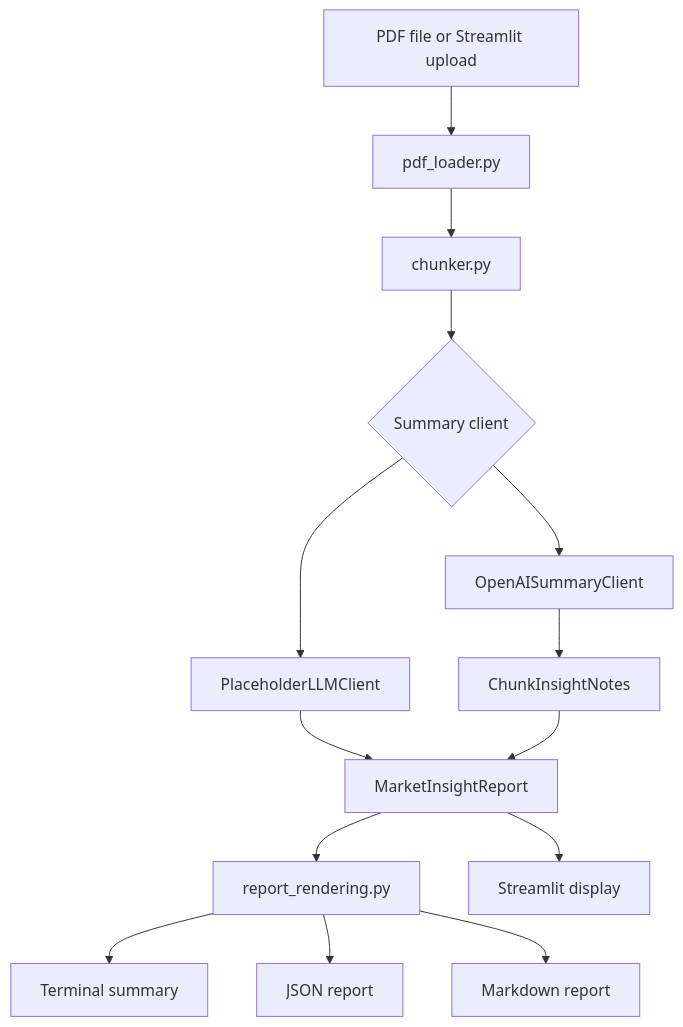
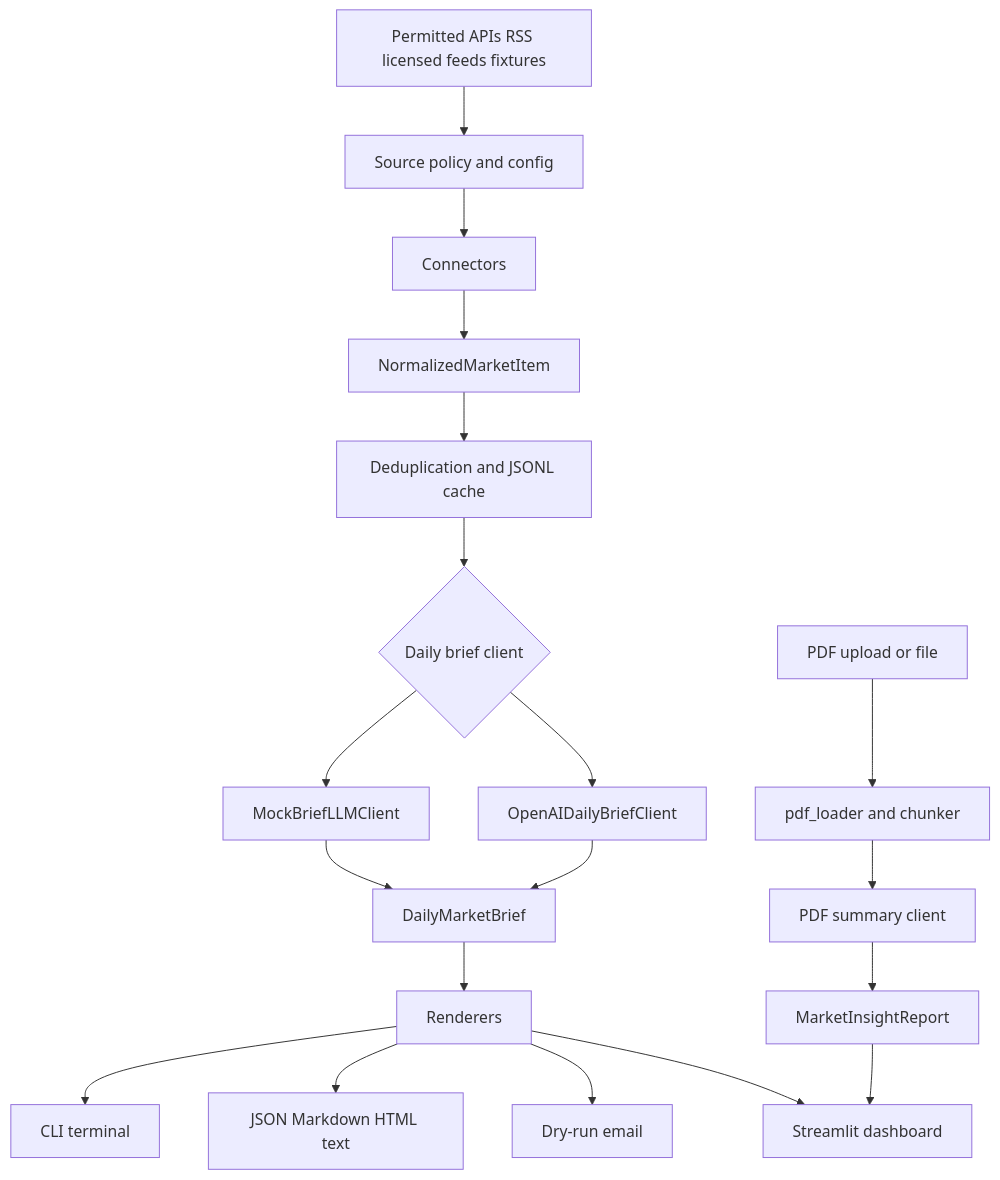
The diagram in README.md (tazreimers/flying-the-radar), drawn with Mermaid before and after one commit. The commit also changed other lines of this file and 4 other files, not shown here.

````diff
--- a/README.md
+++ b/README.md
@@ -190,16 +217,21 @@
 ```mermaid
 flowchart TD
-    A[PDF file or Streamlit upload] --> B[pdf_loader.py]
-    B --> C[chunker.py]
-    C --> D{Summary client}
-    D --> E[PlaceholderLLMClient]
-    D --> F[OpenAISummaryClient]
-    F --> G[ChunkInsightNotes]
-    E --> H[MarketInsightReport]
-    G --> H
-    H --> I[report_rendering.py]
-    I --> J[Terminal summary]
-    I --> K[JSON report]
-    I --> L[Markdown report]
-    H --> M[Streamlit display]
+    A[Permitted APIs RSS licensed feeds fixtures] --> B[Source policy and config]
+    B --> C[Connectors]
+    C --> D[NormalizedMarketItem]
+    D --> E[Deduplication and JSONL cache]
+    E --> F{Daily brief client}
+    F --> G[MockBriefLLMClient]
+    F --> H[OpenAIDailyBriefClient]
+    G --> I[DailyMarketBrief]
+    H --> I
+    I --> J[Renderers]
+    J --> K[CLI terminal]
+    J --> L[JSON Markdown HTML text]
+    J --> M[Dry-run email]
+    J --> N[Streamlit dashboard]
+    O[PDF upload or file] --> P[pdf_loader and chunker]
+    P --> Q[PDF summary client]
+    Q --> R[MarketInsightReport]
+    R --> N
 ```
````
